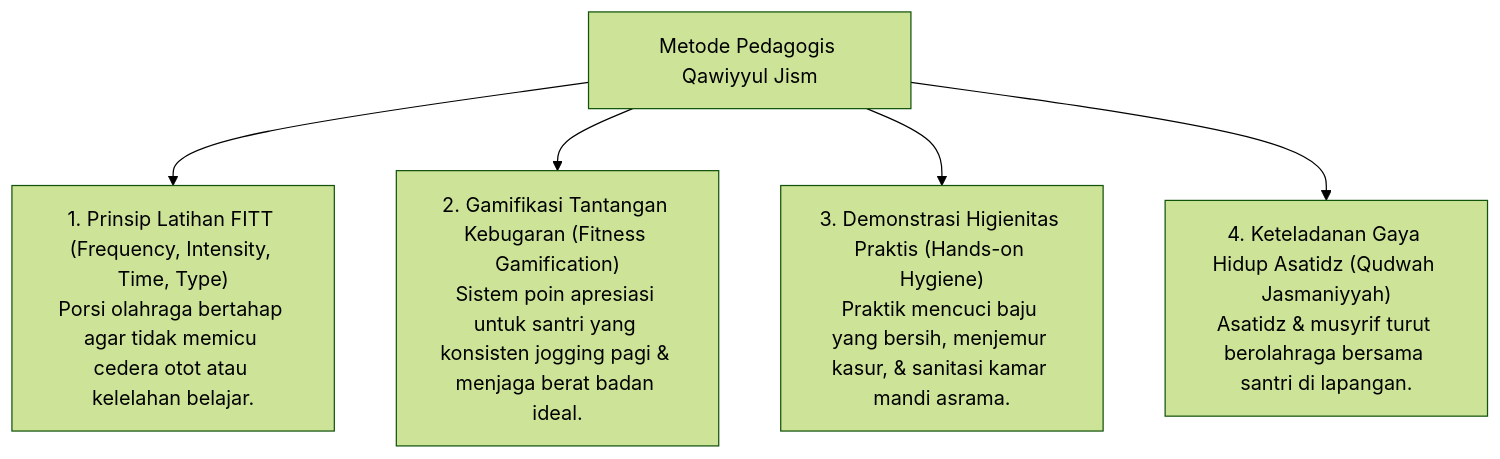
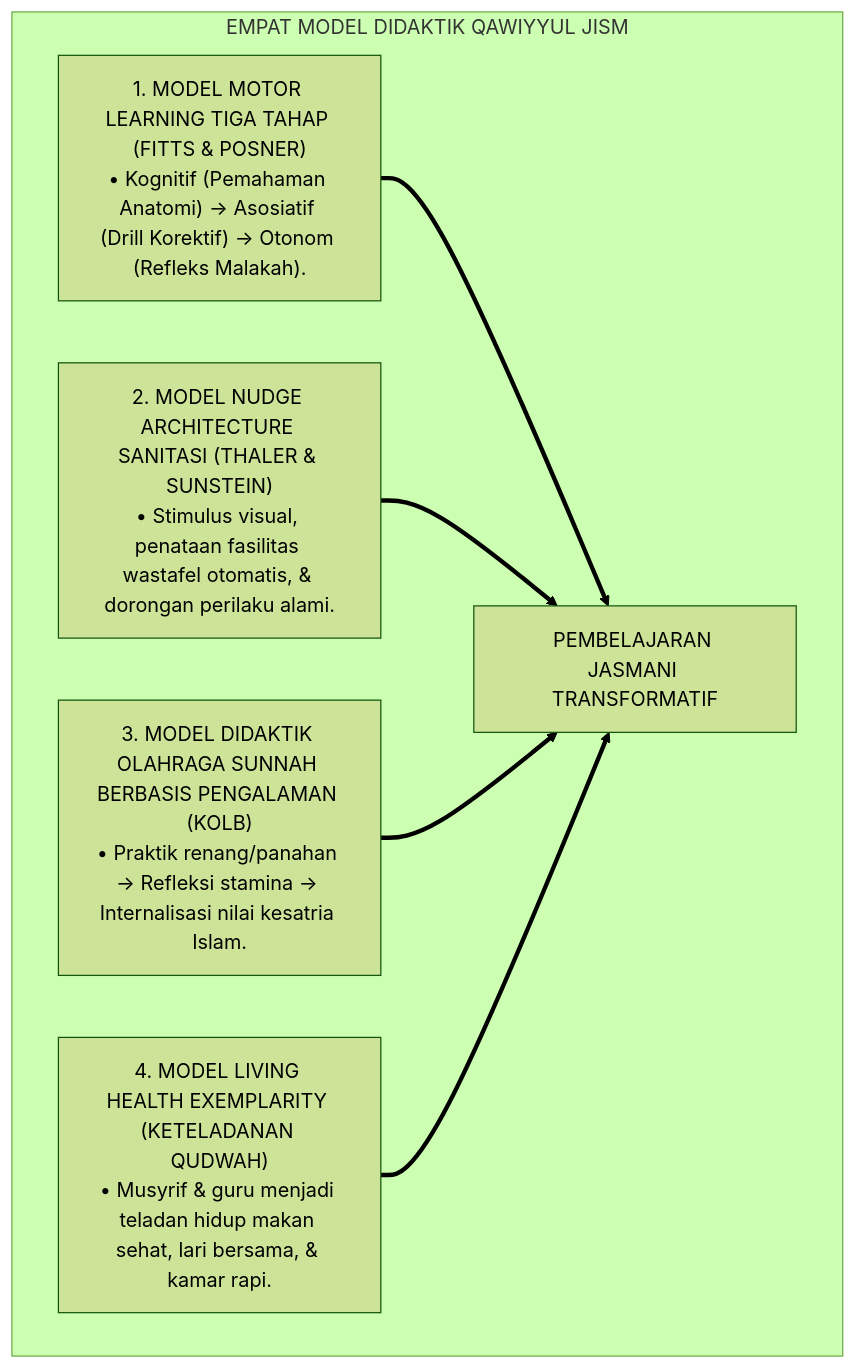
The sixth of 7 diagrams in 03 Capacity Framework/07 Qawiyyul Jism/P3-07-12-Metode-Pedagogi-dan-Didaktik-Jasmani.md (wandiapriliyandi/tumbuh), drawn with Mermaid (forest theme) before and after one commit. The commit also changed other lines of this file and 14 other files, not shown here.

Commit message:
docs(03-capacity): complete 15 research monographs for 07 Qawiyyul Jism

````diff
--- a/03 Capacity Framework/07 Qawiyyul Jism/P3-07-12-Metode-Pedagogi-dan-Didaktik-Jasmani.md
+++ b/03 Capacity Framework/07 Qawiyyul Jism/P3-07-12-Metode-Pedagogi-dan-Didaktik-Jasmani.md
@@ -10,9 +163,14 @@
 ```mermaid
-graph TD
-    Metode["Metode Pedagogis Qawiyyul Jism"]
-    
-    Metode --> M1["1. Prinsip Latihan FITT (Frequency, Intensity, Time, Type)<br/>Porsi olahraga bertahap agar tidak memicu cedera otot atau kelelahan belajar."]
-    Metode --> M2["2. Gamifikasi Tantangan Kebugaran (Fitness Gamification)<br/>Sistem poin apresiasi untuk santri yang konsisten jogging pagi & menjaga berat badan ideal."]
-    Metode --> M3["3. Demonstrasi Higienitas Praktis (Hands-on Hygiene)<br/>Praktik mencuci baju yang bersih, menjemur kasur, & sanitasi kamar mandi asrama."]
-    Metode --> M4["4. Keteladanan Gaya Hidup Asatidz (Qudwah Jasmaniyyah)<br/>Asatidz & musyrif turut berolahraga bersama santri di lapangan."]
+flowchart TD
+    subgraph EmpatModelDidaktikJasmani["EMPAT MODEL DIDAKTIK QAWIYYUL JISM"]
+        M1["1. MODEL MOTOR LEARNING TIGA TAHAP (FITTS & POSNER)<br/>• Kognitif (Pemahaman Anatomi) -> Asosiatif (Drill Korektif) -> Otonom (Refleks Malakah)."]
+        
+        M2["2. MODEL NUDGE ARCHITECTURE SANITASI (THALER & SUNSTEIN)<br/>• Stimulus visual, penataan fasilitas wastafel otomatis, & dorongan perilaku alami."]
+        
+        M3["3. MODEL DIDAKTIK OLAHRAGA SUNNAH BERBASIS PENGALAMAN (KOLB)<br/>• Praktik renang/panahan -> Refleksi stamina -> Internalisasi nilai kesatria Islam."]
+        
+        M4["4. MODEL LIVING HEALTH EXEMPLARITY (KETELADANAN QUDWAH)<br/>• Musyrif & guru menjadi teladan hidup makan sehat, lari bersama, & kamar rapi."]
+        
+        M1 & M2 & M3 & M4 ==> Keunggulan["PEMBELAJARAN JASMANI TRANSFORMATIF"]
+    end
 ```
````
